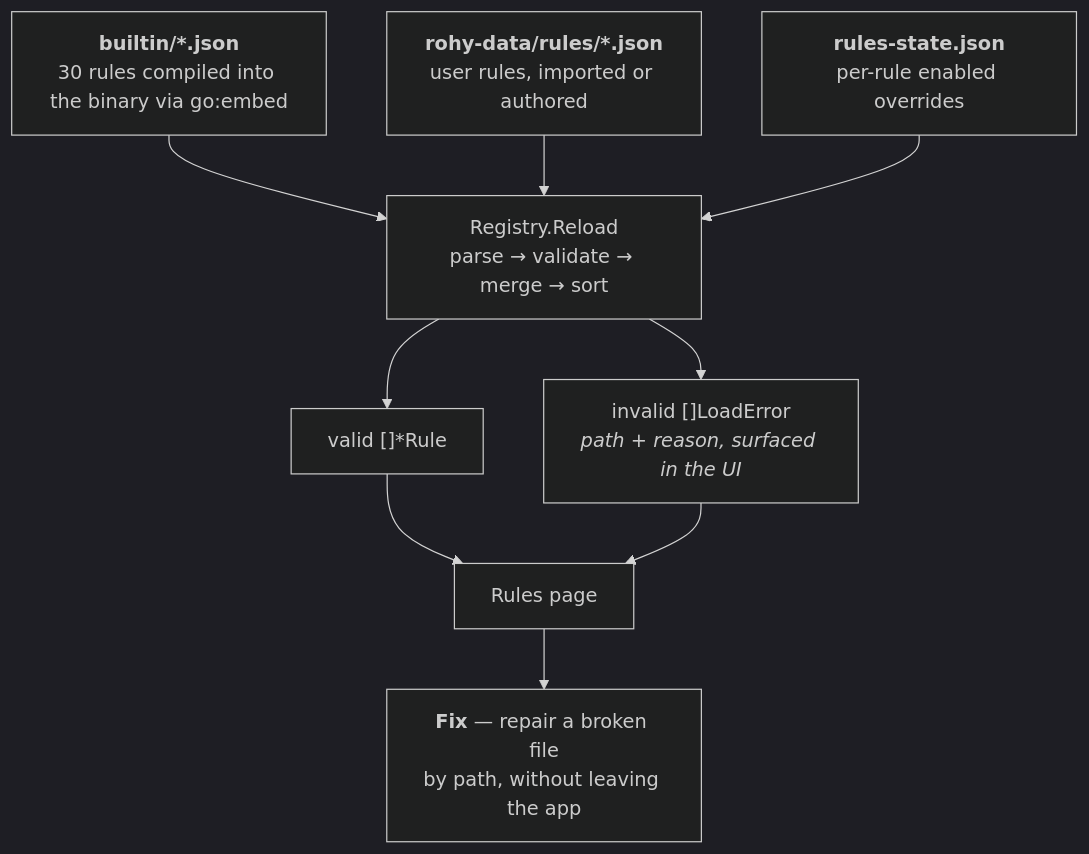
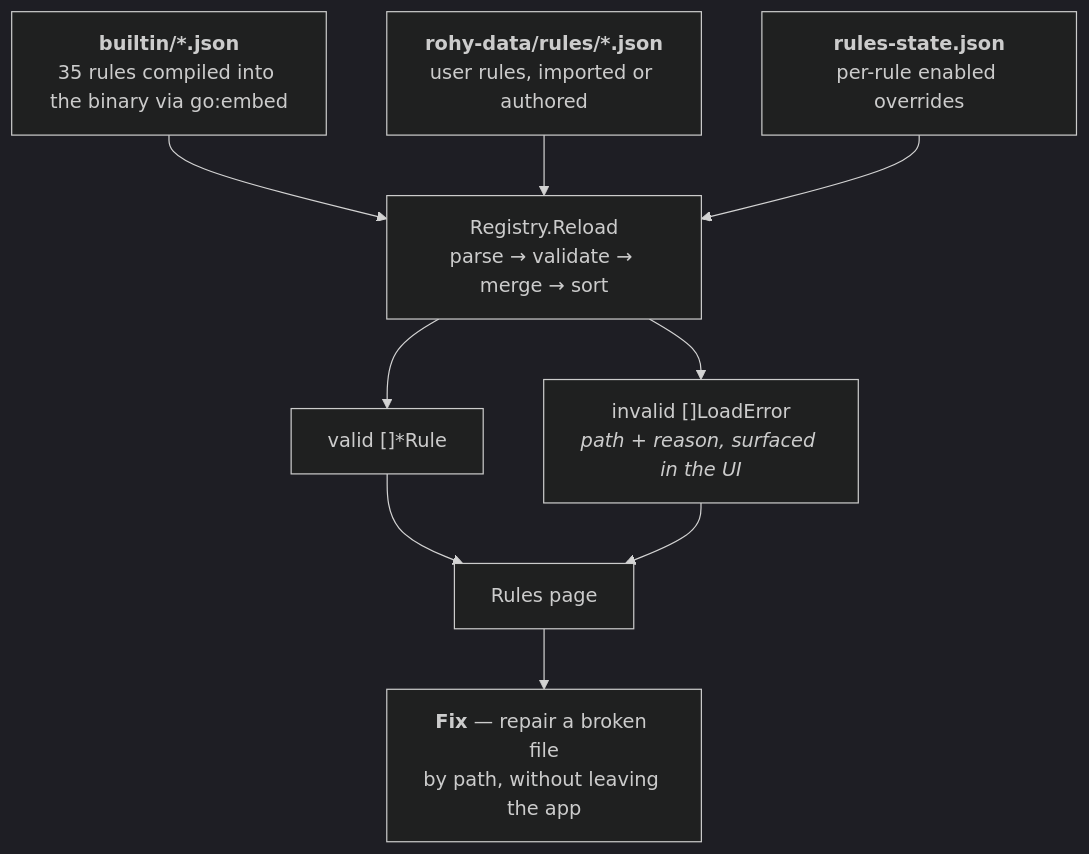
Diagram 13 of 19 in LLD.md (aoiflux/rohy), drawn with Mermaid (dark theme) before and after one commit. The commit also changed other lines of this file and 3 other files, not shown here.

````diff
--- a/LLD.md
+++ b/LLD.md
@@ -898,13 +984,13 @@
 ```mermaid
 flowchart TD
-    embed["<b>builtin/*.json</b><br/>30 rules compiled into the binary via go:embed"] --> merge
+    embed["<b>builtin/*.json</b><br/>35 rules compiled into the binary via go:embed"] --> merge
     userdir["<b>rohy-data/rules/*.json</b><br/>user rules, imported or authored"] --> merge
     state["<b>rules-state.json</b><br/>per-rule enabled overrides"] --> merge
 
     merge["Registry.Reload<br/>parse → validate → merge → sort"] --> valid["valid []*Rule"]
     merge --> invalid["invalid []LoadError<br/><i>path + reason, surfaced in the UI</i>"]
 
     valid --> ui["Rules page"]
     invalid --> ui
     ui --> fix["<b>Fix</b> — repair a broken file<br/>by path, without leaving the app"]
 ```
````
